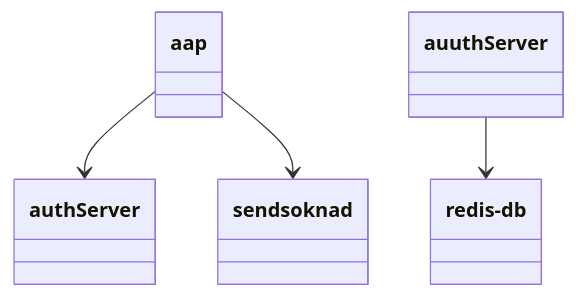
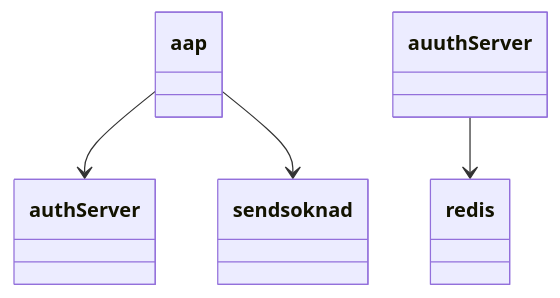
Before and after one commit to navikt/sendsoknad-boot: the diagram in docs/redis_avhengighet.md, drawn with Mermaid.

Commit message:
korrigert format

````diff
--- a/docs/redis_avhengighet.md
+++ b/docs/redis_avhengighet.md
@@ -3,6 +3,6 @@
 ```mermaid
 classDiagram
     aap-->authServer
-    auuthServer-->redis-db
     aap-->sendsoknad
+    auuthServer-->redis
 ```
````
